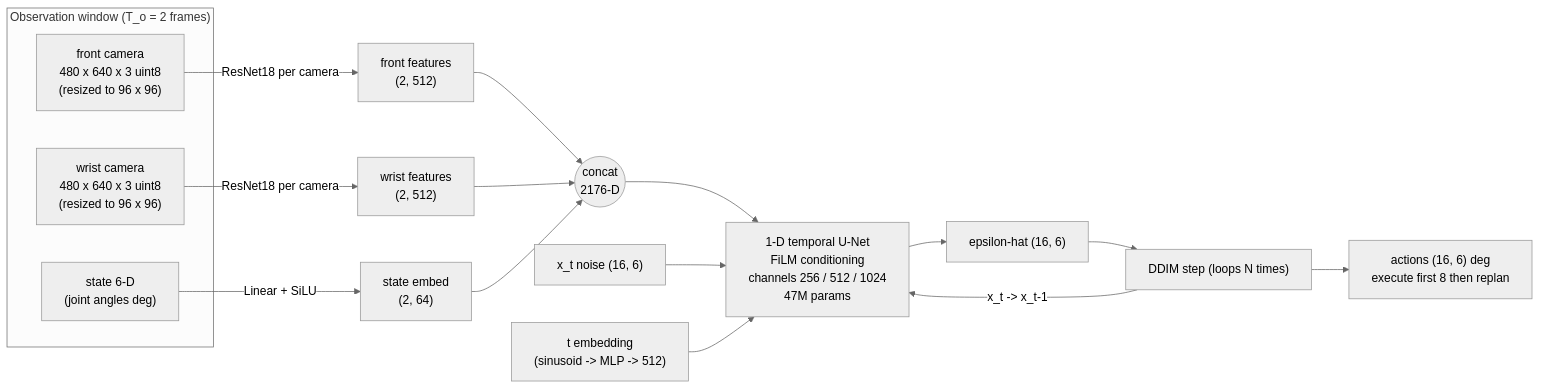
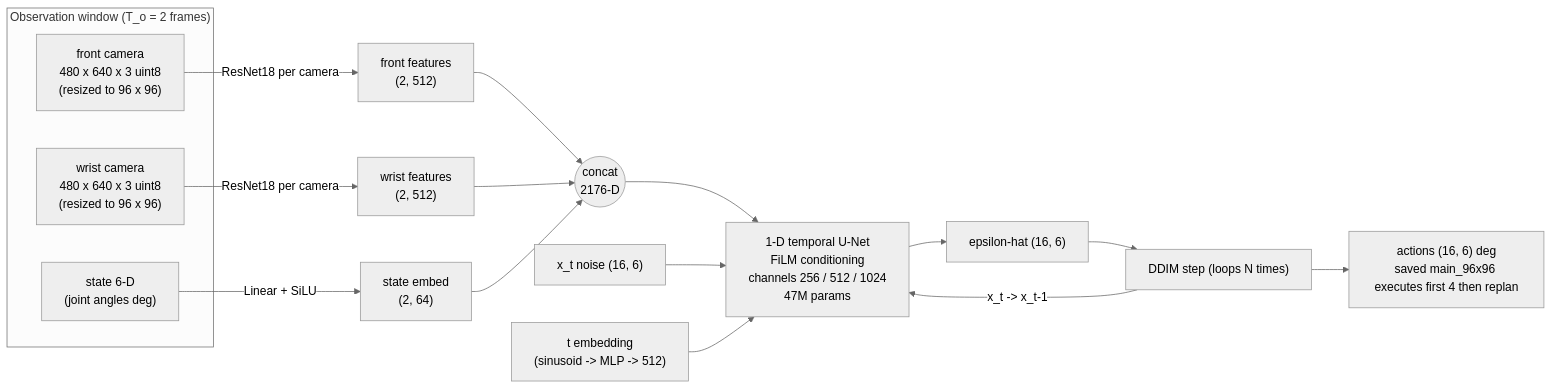
One commit to yeeegem/multimodal-manipulation-benchmark changed the diagram in README.md. Above: the diagram before and after it, drawn with Mermaid (neutral theme). The commit also changed other lines of this file and 9 other files, not shown here.

````diff
--- a/README.md
+++ b/README.md
@@ -45,25 +45,25 @@
 ```mermaid
 flowchart LR
   subgraph IN["Observation window (T_o = 2 frames)"]
     Front["front camera<br/>480 x 640 x 3 uint8<br/>(resized to 96 x 96)"]
     Wrist["wrist camera<br/>480 x 640 x 3 uint8<br/>(resized to 96 x 96)"]
     State["state 6-D<br/>(joint angles deg)"]
   end
 
   Front -->|ResNet18 per camera| F["front features<br/>(2, 512)"]
   Wrist -->|ResNet18 per camera| W["wrist features<br/>(2, 512)"]
   State -->|Linear + SiLU| S["state embed<br/>(2, 64)"]
 
   F --> C(("concat<br/>2176-D"))
   W --> C
   S --> C
 
   C --> UNet["1-D temporal U-Net<br/>FiLM conditioning<br/>channels 256 / 512 / 1024<br/>47M params"]
   Noise["x_t noise (16, 6)"] --> UNet
   TS["t embedding<br/>(sinusoid -> MLP -> 512)"] --> UNet
   UNet --> EpsHat["epsilon-hat (16, 6)"]
 
   EpsHat --> DDIM["DDIM step (loops N times)"]
   DDIM -->|x_t -> x_t-1| UNet
-  DDIM --> Out["actions (16, 6) deg<br/>execute first 8 then replan"]
+  DDIM --> Out["actions (16, 6) deg<br/>saved main_96x96 executes first 4 then replan"]
 ```
````
